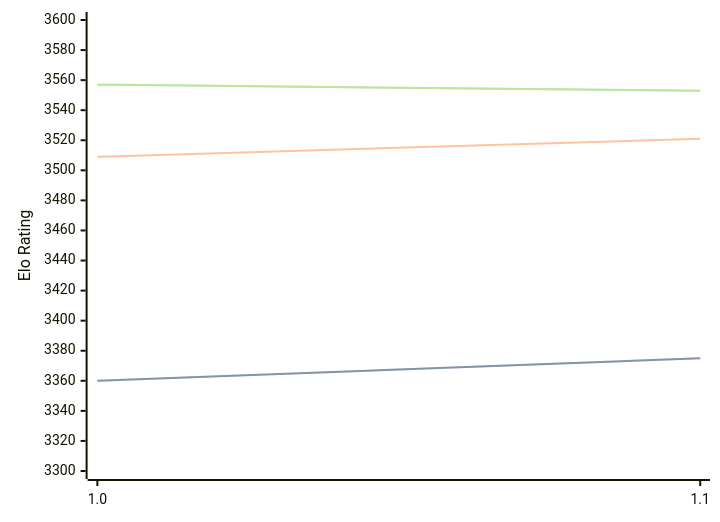
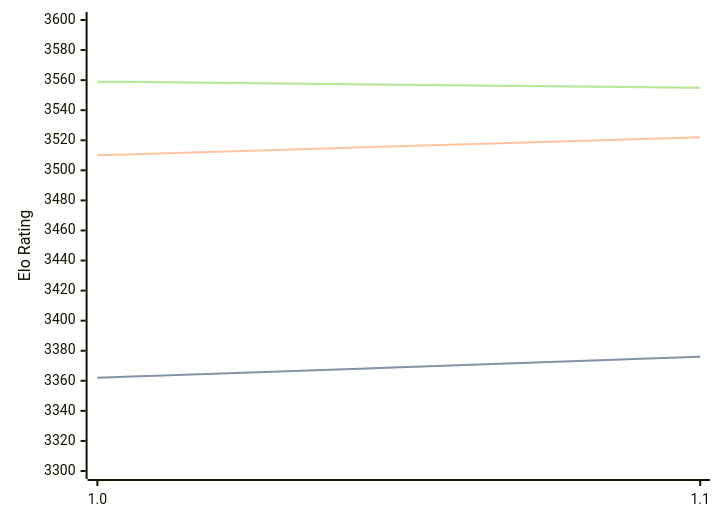
The diagram in engines/Horsie.md (computer-chess-index/cci), drawn with Mermaid before and after one commit. The commit also changed other lines of this file, not shown here.

Commit message:
Update CCI Ratings (ELO VLTC) - 2026-03-29

````diff
--- a/engines/Horsie.md
+++ b/engines/Horsie.md
@@ -32,11 +32,11 @@
 ```mermaid
 %%{init: {"theme":"base","themeVariables":{"seriesColors:['#a3a3a3','#222221','#faa371']}}}%%
 xychart-beta
   x-axis ["1.0", "1.1"]
   y-axis "Elo Rating" 3300 --> 3600
-  line "STC (8.0+0.08s)" [3360, 3375]
-  line "STC (8.0+0.08s)" [3360, 3375]
-  line "LTC (60.0+0.60s)" [3509, 3521]
-  line "VLTC (2m24s+1.12s)" [3557, 3553]
-  line "VLTC (2m24s+1.12s)" [3557, 3553]
+  line "STC (8.0+0.08s)" [3362, 3376]
+  line "STC (8.0+0.08s)" [3362, 3376]
+  line "LTC (60.0+0.60s)" [3510, 3522]
+  line "VLTC (2m24s+1.12s)" [3559, 3555]
+  line "VLTC (2m24s+1.12s)" [3559, 3555]
 ```
````
